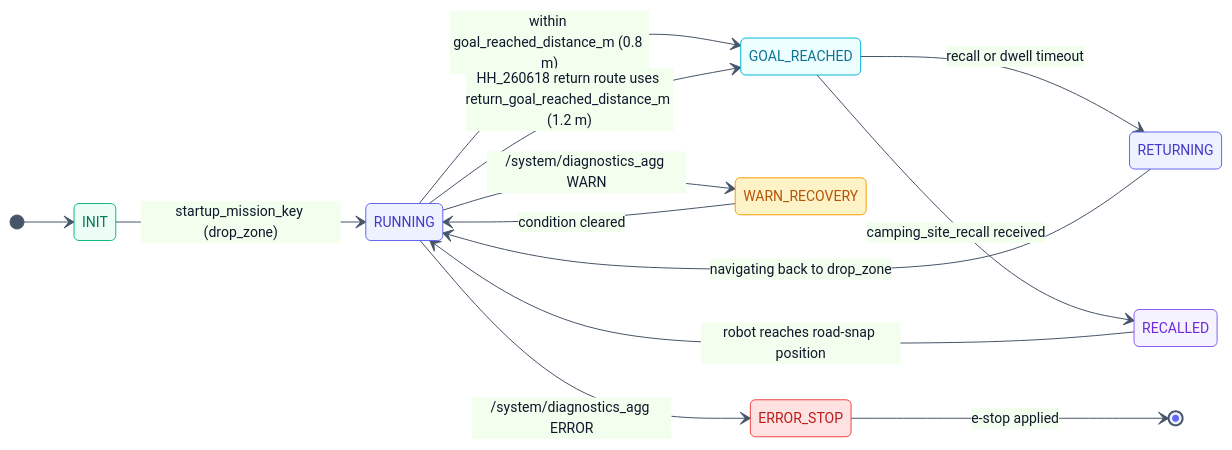
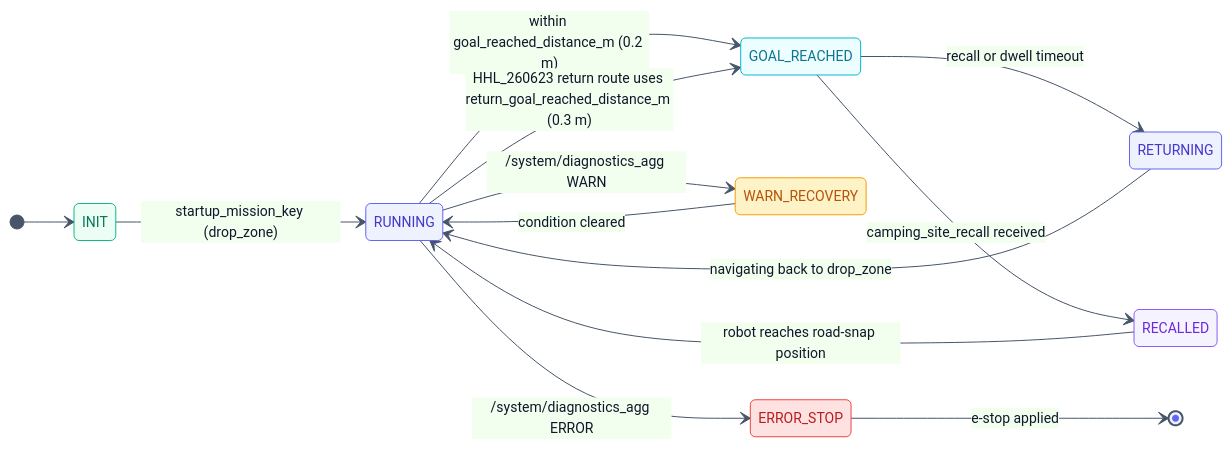
One commit to hwanhonglee/CAMROD changed the third of 4 diagrams in camrod_planning/README.md. Above: the diagram before and after it, drawn with Mermaid. The commit also changed other lines of this file and 7 other files, not shown here.

````diff
--- a/camrod_planning/README.md
+++ b/camrod_planning/README.md
@@ -409,32 +409,32 @@
 ```mermaid
 %%{init: {'theme': 'base', 'themeVariables': {'fontFamily': 'ui-sans-serif, system-ui, sans-serif', 'fontSize': '14px', 'primaryColor': '#EEF2FF', 'primaryTextColor': '#0F172A', 'primaryBorderColor': '#6366F1', 'lineColor': '#475569'}}}%%
 stateDiagram-v2
   direction LR
   classDef normal  fill:#ECFDF5,stroke:#10B981,color:#047857
   classDef running fill:#EEF2FF,stroke:#6366F1,color:#4338CA
   classDef reached fill:#ECFEFF,stroke:#06B6D4,color:#0E7490
   classDef recall  fill:#F5F3FF,stroke:#8B5CF6,color:#6D28D9
   classDef warn    fill:#FEF3C7,stroke:#F59E0B,color:#B45309
   classDef error   fill:#FEE2E2,stroke:#EF4444,color:#B91C1C
 
   [*] --> INIT
   INIT --> RUNNING : startup_mission_key (drop_zone)
-  RUNNING --> GOAL_REACHED : within goal_reached_distance_m (0.8 m)
-  RUNNING --> GOAL_REACHED : HH_260618 return route uses return_goal_reached_distance_m (1.2 m)
+  RUNNING --> GOAL_REACHED : within goal_reached_distance_m (0.2 m)
+  RUNNING --> GOAL_REACHED : HHL_260623 return route uses return_goal_reached_distance_m (0.3 m)
   GOAL_REACHED --> RETURNING : recall or dwell timeout
   GOAL_REACHED --> RECALLED : camping_site_recall received
   RECALLED --> RUNNING : robot reaches road-snap position
   RETURNING --> RUNNING : navigating back to drop_zone
   RUNNING --> WARN_RECOVERY : /system/diagnostics_agg WARN
   RUNNING --> ERROR_STOP : /system/diagnostics_agg ERROR
   WARN_RECOVERY --> RUNNING : condition cleared
   ERROR_STOP --> [*] : e-stop applied
 
   class INIT normal
   class RUNNING running
   class GOAL_REACHED reached
   class RECALLED recall
   class RETURNING running
   class WARN_RECOVERY warn
   class ERROR_STOP error
 ```
````
